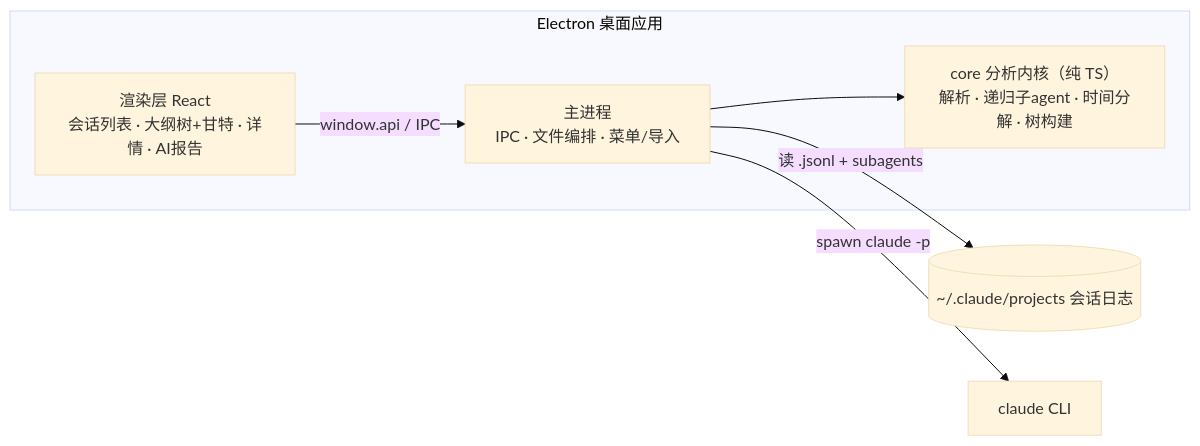
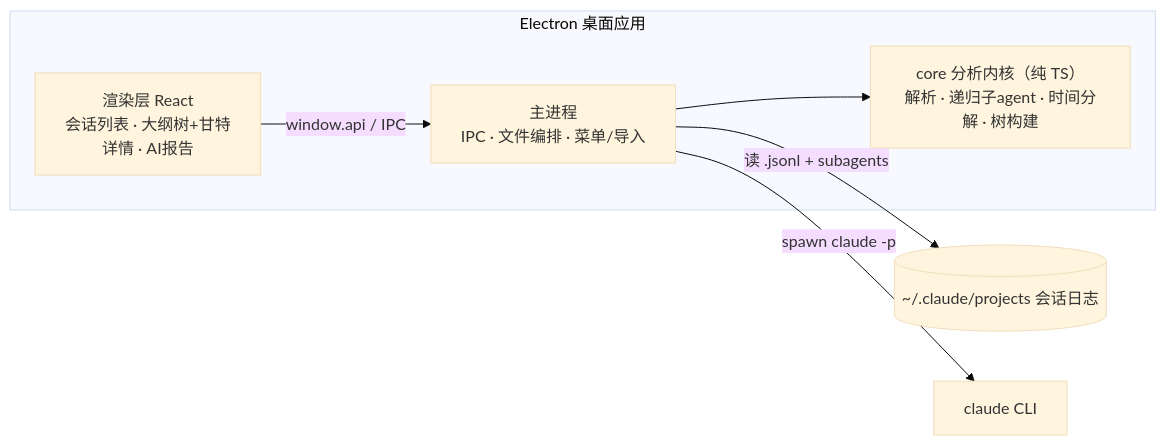
The first of 2 diagrams in docs/方案设计/Claude Code 会话耗时分析工具 · 方案设计.md (menta11/cc-session-analysis-tool), drawn with Mermaid (base theme) before and after one commit. The commit also changed 25 other files, not shown here.

````diff
--- a/docs/方案设计/Claude Code 会话耗时分析工具 · 方案设计.md
+++ b/docs/方案设计/Claude Code 会话耗时分析工具 · 方案设计.md
@@ -47,18 +47,18 @@
 ```mermaid
 flowchart LR
   subgraph APP["Electron 桌面应用"]
     UI["渲染层 React
-会话列表 · 大纲树+甘特 · 详情 · AI报告"]
+会话列表 · 大纲树+甘特 </br> 详情 · AI报告"]
     MAIN["主进程
 IPC · 文件编排 · 菜单/导入"]
     CORE["core 分析内核（纯 TS）
 解析 · 递归子agent · 时间分解 · 树构建"]
   end
   LOGS[("~/.claude/projects 会话日志")]
   CLAUDE["claude CLI"]
 
   UI -- "window.api / IPC" --> MAIN
   MAIN --> CORE
   MAIN -- "读 .jsonl + subagents" --> LOGS
   MAIN -- "spawn claude -p" --> CLAUDE
 ```
````
